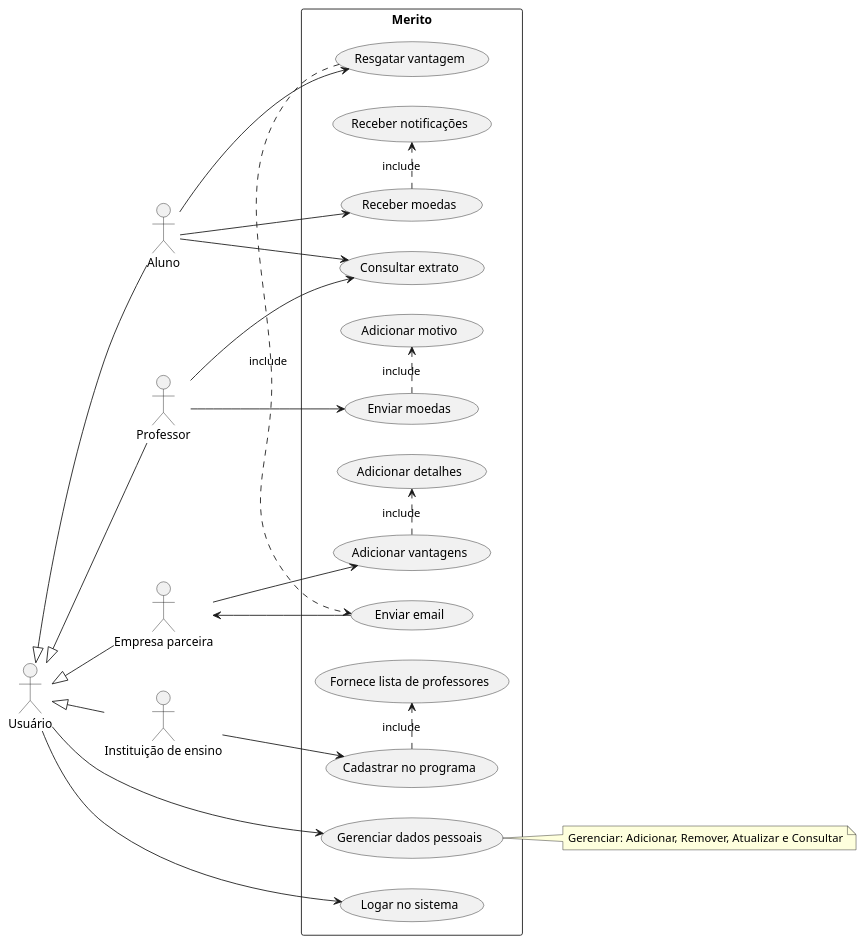
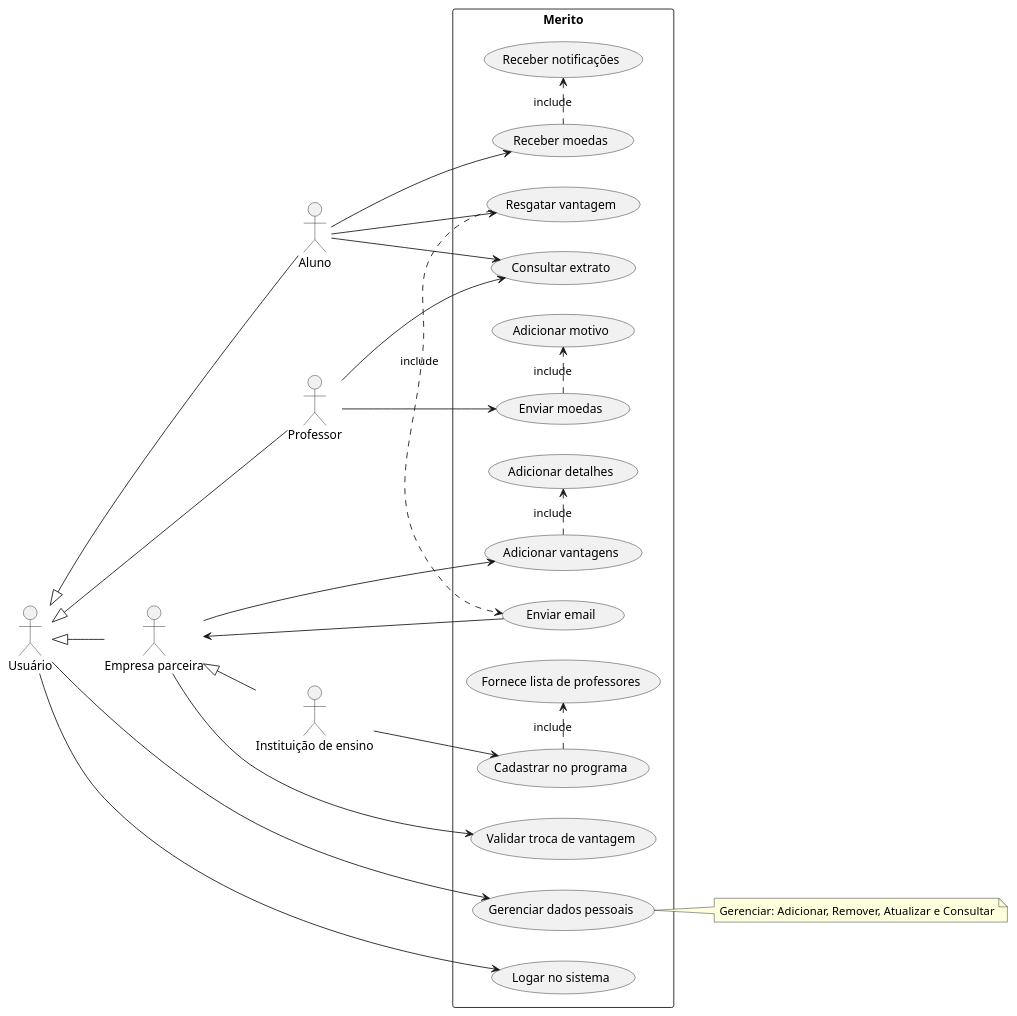
The diagram in projeto 3/project/useCaseDiagram.plantuml (migueltico2/laboratorio-de-desenvolvimento-de-software), drawn with PlantUML before and after one commit. The commit also changed 1 other file, not shown here.

Commit message:
feat: add class diagram

```diff
--- a/projeto 3/project/useCaseDiagram.plantuml
+++ b/projeto 3/project/useCaseDiagram.plantuml
@@ -1,54 +1,57 @@
 @startuml
 
 left to right direction
 
 actor "Usuário" as User
 actor Aluno as A
 actor Professor as P
 actor "Empresa parceira" as EP
 actor "Instituição de ensino" as IE
 
 rectangle Merito {
 usecase "Gerenciar dados pessoais" as UC1
 usecase "Consultar extrato" as UC2
 usecase "Adicionar vantagens" as UC3
 usecase "Enviar moedas" as UC4
 usecase "Receber moedas" as UC5
 usecase "Receber notificações" as UC6
 usecase "Adicionar detalhes" as UC8
 usecase "Adicionar motivo" as UC9
 usecase "Resgatar vantagem" as UC11
 usecase "Logar no sistema" as UC12
 usecase "Enviar email" as UC14
 usecase "Cadastrar no programa" as UC15
 usecase "Fornece lista de professores" as UC16
+usecase "Validar troca de vantagem" as UC17
 }
 
 UC5 .> UC6 : include
 UC4 .> UC9 : include
 UC3 .> UC8 : include
 UC11 .> UC14 : include
 UC15 .> UC16 : include
 
 User <|-- A
 User <|-- P
 User <|-- EP
-User <|-- IE
 User --> UC1
+
+EP <|-- IE
 
 A --> UC5
 
 EP --> UC3
 EP <-- UC14
+EP --> UC17
 A --> UC2
 A --> UC11
 P --> UC4
 P --> UC2
 IE --> UC15
 User --> UC12
 
 note right of UC1
     Gerenciar: Adicionar, Remover, Atualizar e Consultar
 end note
 
 @enduml
```
